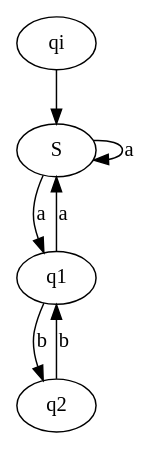
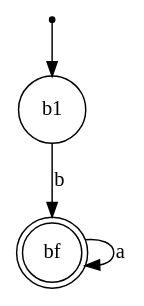
The diagram in B.dot (Caramelo18/COMP-Project), drawn with Graphviz before and after one commit. The commit also changed 5 other files, not shown here.

```diff
--- a/B.dot
+++ b/B.dot
@@ -1,8 +1,9 @@
 digraph finite_state_machine {
-    qi -> S;
-    S  -> q1 [ label = "a" ];
-    S  -> S  [ label = "a" ];
-    q1 -> S  [ label = "a" ];
-    q1 -> q2 [ label = "b" ];
-    q2 -> q1 [ label = "b" ];
+    node [shape = doublecircle]; bf;
+    node [shape = point ]; bi;
+
+    node [shape = circle];
+    bi -> b1;
+    b1 -> bf [ label = "b" ];
+    bf -> bf  [ label = "a" ];
 }
```
